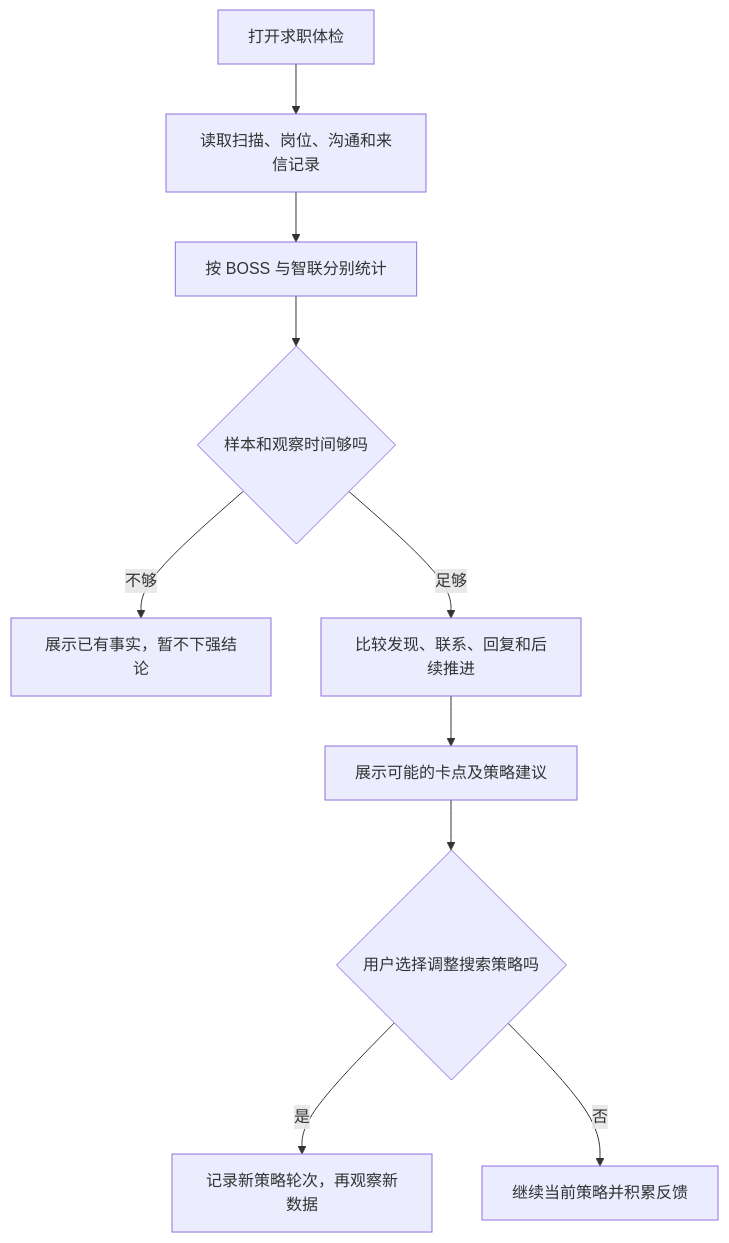
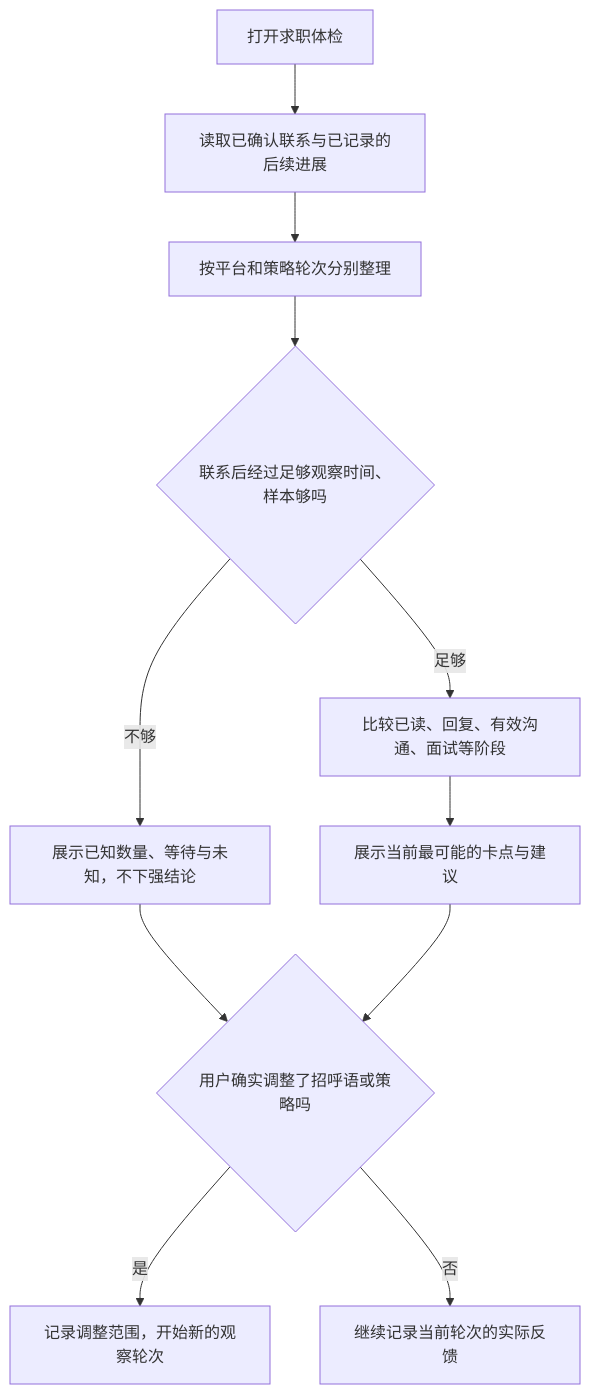
Before and after one commit to daydreamer0213/OfferGo: the sixth of 16 diagrams in docs/offergo-product-module-flows.md, drawn with Mermaid. The commit also changed other lines of this file, not shown here.

Commit message:
docs: correct OfferGo module flow diagrams against code

````diff
--- a/docs/offergo-product-module-flows.md
+++ b/docs/offergo-product-module-flows.md
@@ -120,12 +140,13 @@
 ```mermaid
 flowchart TD
-  A[打开求职体检] --> B[读取扫描、岗位、沟通和来信记录]
-  B --> C[按 BOSS 与智联分别统计]
-  C --> D{样本和观察时间够吗}
-  D -- 不够 --> E[展示已有事实，暂不下强结论]
-  D -- 足够 --> F[比较发现、联系、回复和后续推进]
-  F --> G[展示可能的卡点及策略建议]
-  G --> H{用户选择调整搜索策略吗}
-  H -- 是 --> I[记录新策略轮次，再观察新数据]
-  H -- 否 --> J[继续当前策略并积累反馈]
+  A[打开求职体检] --> B[读取已确认联系与已记录的后续进展]
+  B --> C[按平台和策略轮次分别整理]
+  C --> D{联系后经过足够观察时间、样本够吗}
+  D -- 不够 --> E[展示已知数量、等待与未知，不下强结论]
+  D -- 足够 --> F[比较已读、回复、有效沟通、面试等阶段]
+  F --> G[展示当前最可能的卡点与建议]
+  E --> H{用户确实调整了招呼语或策略吗}
+  G --> H
+  H -- 是 --> I[记录调整范围，开始新的观察轮次]
+  H -- 否 --> J[继续记录当前轮次的实际反馈]
 ```
````
